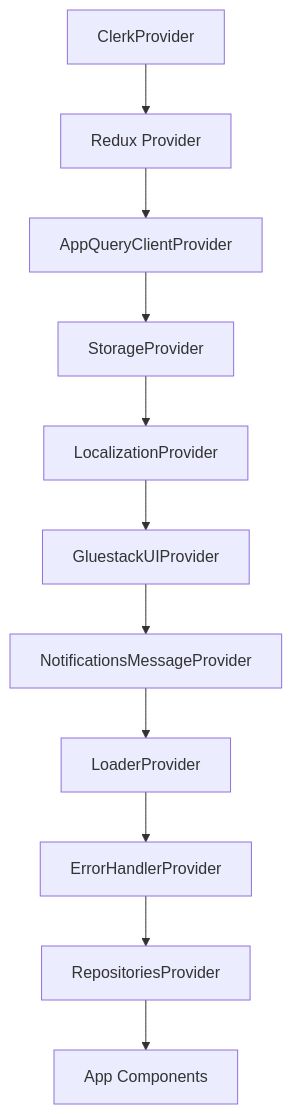
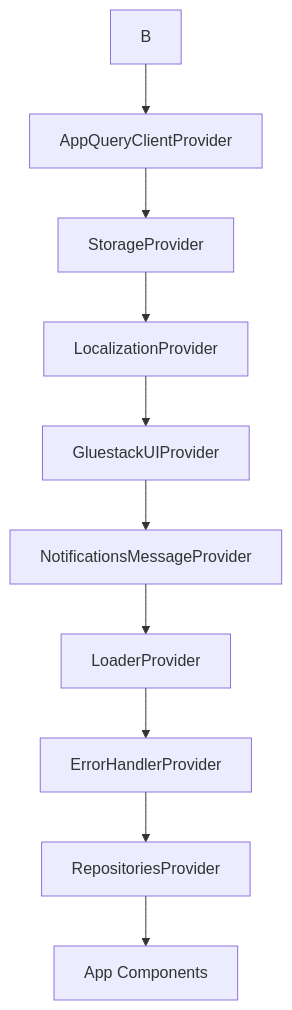
Before and after one commit to riccardobattiato/cibo-app: the second of 5 diagrams in docs/arch.md, drawn with Mermaid. The commit also changed other lines of this file, not shown here.

````diff
--- a/docs/arch.md
+++ b/docs/arch.md
@@ -87,13 +87,12 @@
 ```mermaid
 graph TD
-    A[ClerkProvider] --> B[Redux Provider]
     B --> C[AppQueryClientProvider]
     C --> D[StorageProvider]
     D --> E[LocalizationProvider]
     E --> F[GluestackUIProvider]
     F --> G[NotificationsMessageProvider]
     G --> H[LoaderProvider]
     H --> I[ErrorHandlerProvider]
     I --> J[RepositoriesProvider]
     J --> K[App Components]
 ```
````
